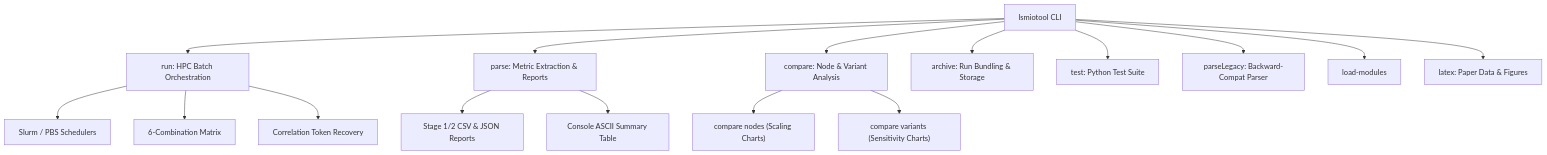
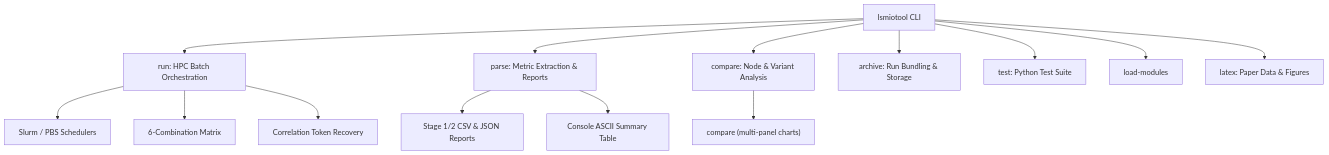
Before and after one commit to tybulut/lsmio: the diagram in tools/README.md, drawn with Mermaid. The commit also changed other lines of this file and 127 other files, not shown here.

````diff
--- a/tools/README.md
+++ b/tools/README.md
@@ -127,21 +19,19 @@
 ```mermaid
 graph TD
     CLI["lsmiotool CLI"] --> RUN["run: HPC Batch Orchestration"]
     CLI --> PARSE["parse: Metric Extraction & Reports"]
     CLI --> COMPARE["compare: Node & Variant Analysis"]
     CLI --> ARCHIVE["archive: Run Bundling & Storage"]
     CLI --> TEST["test: Python Test Suite"]
-    CLI --> LEGACY["parseLegacy: Backward-Compat Parser"]
     CLI --> ENV["load-modules"]
     CLI --> LATEX["latex: Paper Data & Figures"]
 
     RUN --> SCHED["Slurm / PBS Schedulers"]
     RUN --> MATRIX["6-Combination Matrix"]
     RUN --> RECOVERY["Correlation Token Recovery"]
 
     PARSE --> REPORTS["Stage 1/2 CSV & JSON Reports"]
     PARSE --> ASCII["Console ASCII Summary Table"]
 
-    COMPARE --> PLOT_NODES["compare nodes (Scaling Charts)"]
-    COMPARE --> PLOT_VAR["compare variants (Sensitivity Charts)"]
+    COMPARE --> PLOT_MULTI["compare <lsmio|ior|epocpp|variants> (multi-panel charts)"]
 ```
````
